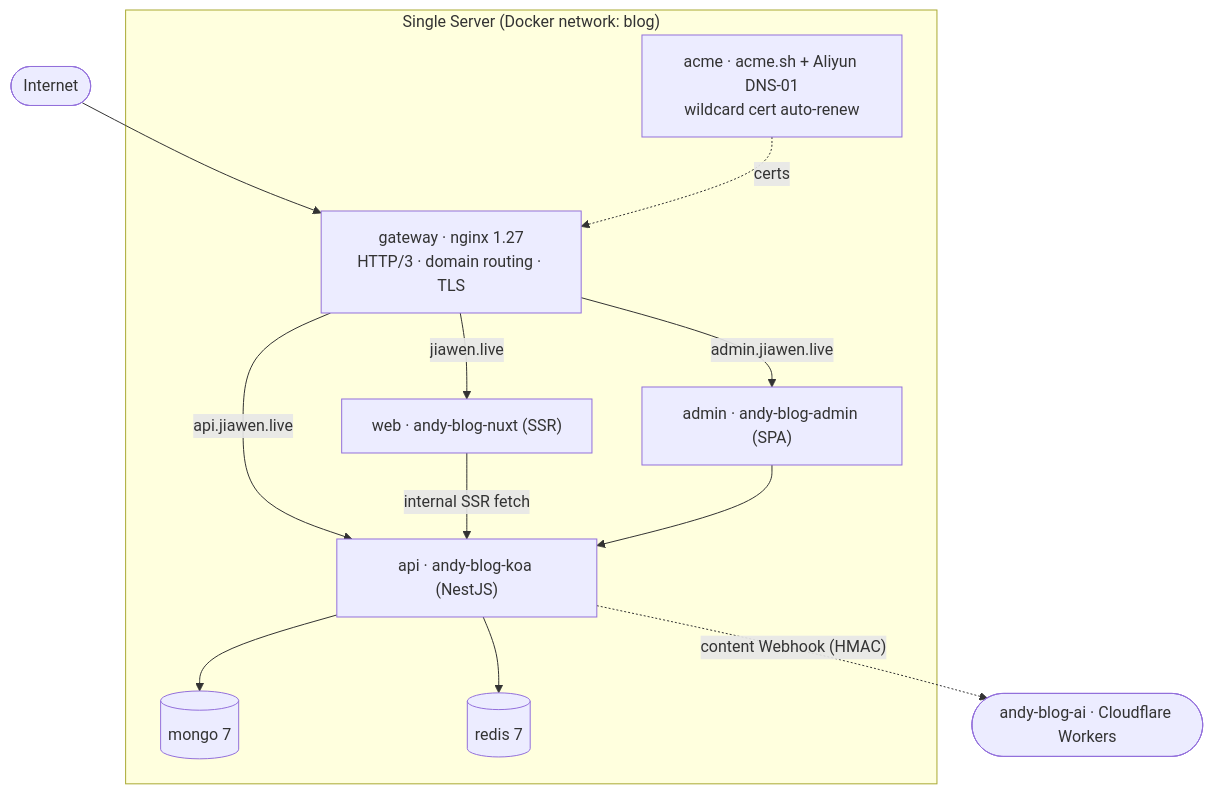
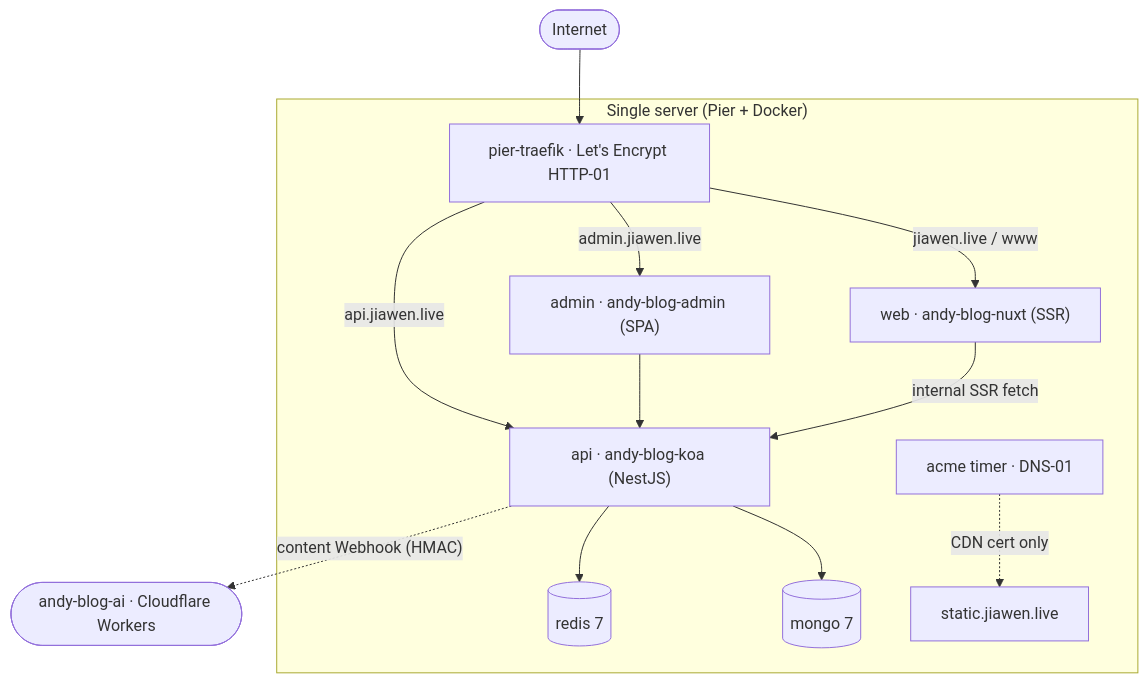
The diagram in README.md (zzlw/andy-blog-deploy), drawn with Mermaid before and after one commit. The commit also changed other lines of this file and 8 other files, not shown here.

Commit message:
把 CDN 续期改成宿主机 timer，并更新生产入口文档。

````diff
--- a/README.md
+++ b/README.md
@@ -9,18 +9,18 @@
 ```mermaid
 flowchart TD
-    Internet(["Internet"]) --> GW
+    Internet(["Internet"]) --> TR
 
-    subgraph Server ["Single Server (Docker network: blog)"]
-        GW["gateway · nginx 1.27<br/>HTTP/3 · domain routing · TLS"]
-        GW --> |"jiawen.live"| WEB["web · andy-blog-nuxt (SSR)"]
-        GW --> |"admin.jiawen.live"| ADMIN["admin · andy-blog-admin (SPA)"]
-        GW --> |"api.jiawen.live"| API["api · andy-blog-koa (NestJS)"]
+    subgraph Server ["Single server (Pier + Docker)"]
+        TR["pier-traefik · Let's Encrypt HTTP-01"]
+        TR --> |"jiawen.live / www"| WEB["web · andy-blog-nuxt (SSR)"]
+        TR --> |"admin.jiawen.live"| ADMIN["admin · andy-blog-admin (SPA)"]
+        TR --> |"api.jiawen.live"| API["api · andy-blog-koa (NestJS)"]
         WEB --> |"internal SSR fetch"| API
         ADMIN --> API
         API --> MONGO[("mongo 7")]
         API --> REDIS[("redis 7")]
-        ACME["acme · acme.sh + Aliyun DNS-01<br/>wildcard cert auto-renew"] -.-> |"certs"| GW
+        ACME["acme timer · DNS-01"] -.-> |"CDN cert only"| CDN["static.jiawen.live"]
     end
 
     API -.-> |"content Webhook (HMAC)"| AI(["andy-blog-ai · Cloudflare Workers"])
 ```
````
